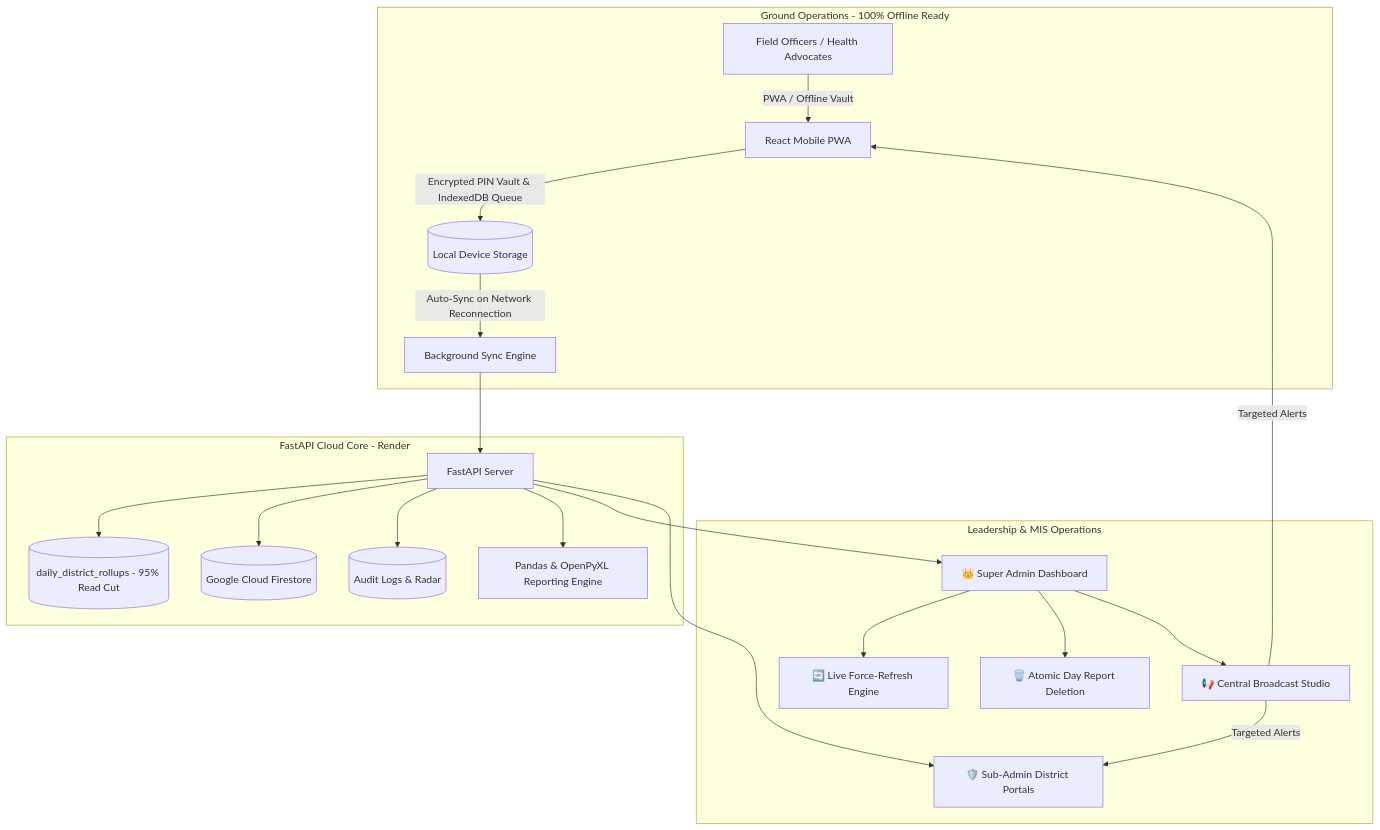
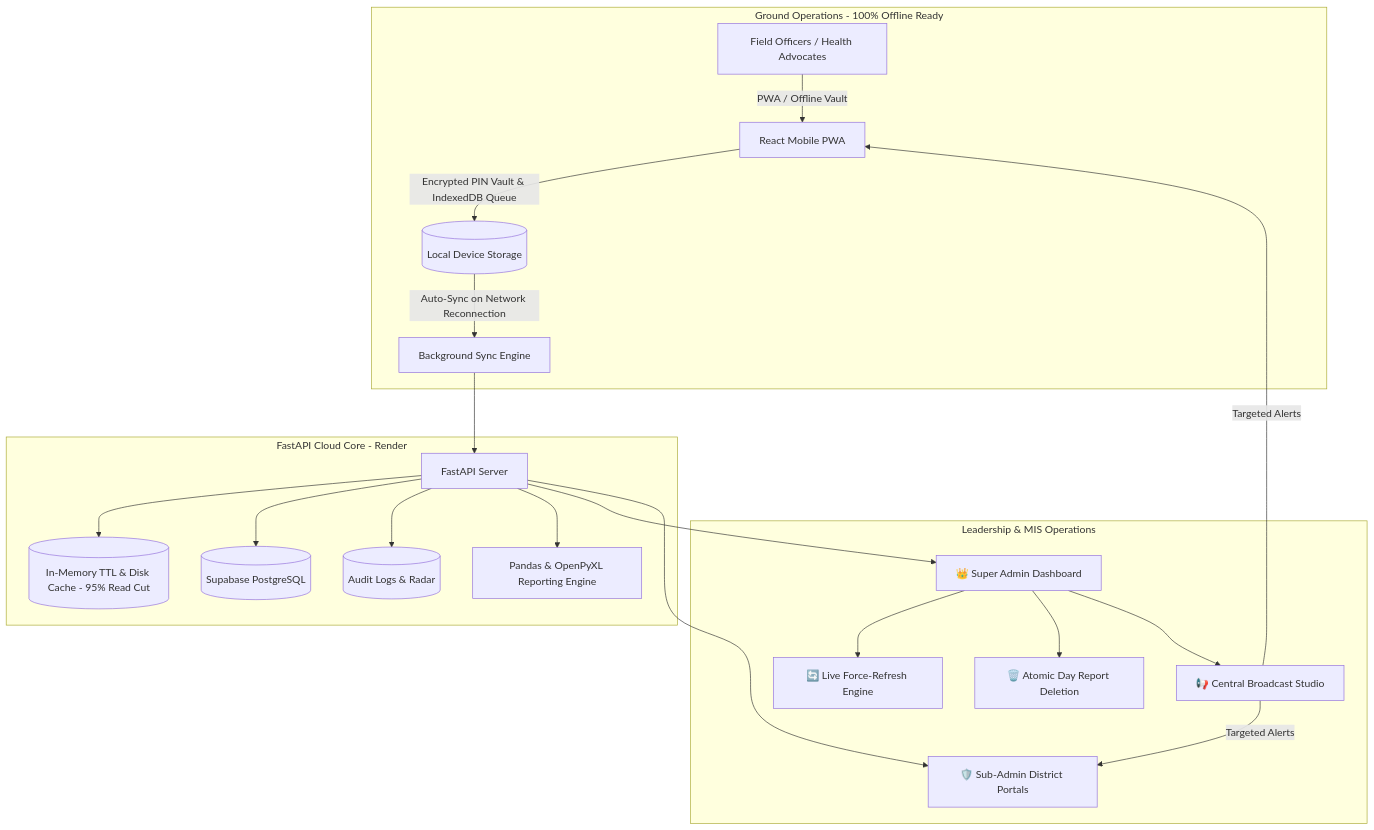
The diagram in README.md (evilsaurav/dfy-mis-app), drawn with Mermaid before and after one commit. The commit also changed other lines of this file and 4 other files, not shown here.

Commit message:
docs: update architecture and data processing documentation for Supabase PostgreSQL

````diff
--- a/README.md
+++ b/README.md
@@ -70,26 +70,26 @@
 ```mermaid
 flowchart TD
     subgraph Ground_Level [Ground Operations - 100% Offline Ready]
         FO[Field Officers / Health Advocates] -->|PWA / Offline Vault| App[React Mobile PWA]
         App -->|Encrypted PIN Vault & IndexedDB Queue| LocalStore[(Local Device Storage)]
         LocalStore -->|Auto-Sync on Network Reconnection| Sync[Background Sync Engine]
     end
 
     subgraph Backend_Cloud [FastAPI Cloud Core - Render]
         Sync --> API[FastAPI Server]
-        API --> Rollups[(daily_district_rollups - 95% Read Cut)]
-        API --> DB[(Google Cloud Firestore)]
+        API --> Rollups[(In-Memory TTL & Disk Cache - 95% Read Cut)]
+        API --> DB[(Supabase PostgreSQL)]
         API --> Audit[(Audit Logs & Radar)]
         API --> ExcelEngine[Pandas & OpenPyXL Reporting Engine]
     end
 
     subgraph Leadership_Portal [Leadership & MIS Operations]
         API --> SA[👑 Super Admin Dashboard]
         API --> SubA[🛡️ Sub-Admin District Portals]
         SA --> ForceRef[🔄 Live Force-Refresh Engine]
         SA --> DelReport[🗑️ Atomic Day Report Deletion]
         SA --> Broadcast[📢 Central Broadcast Studio]
         Broadcast -->|Targeted Alerts| App
         Broadcast -->|Targeted Alerts| SubA
     end
 ```
````
